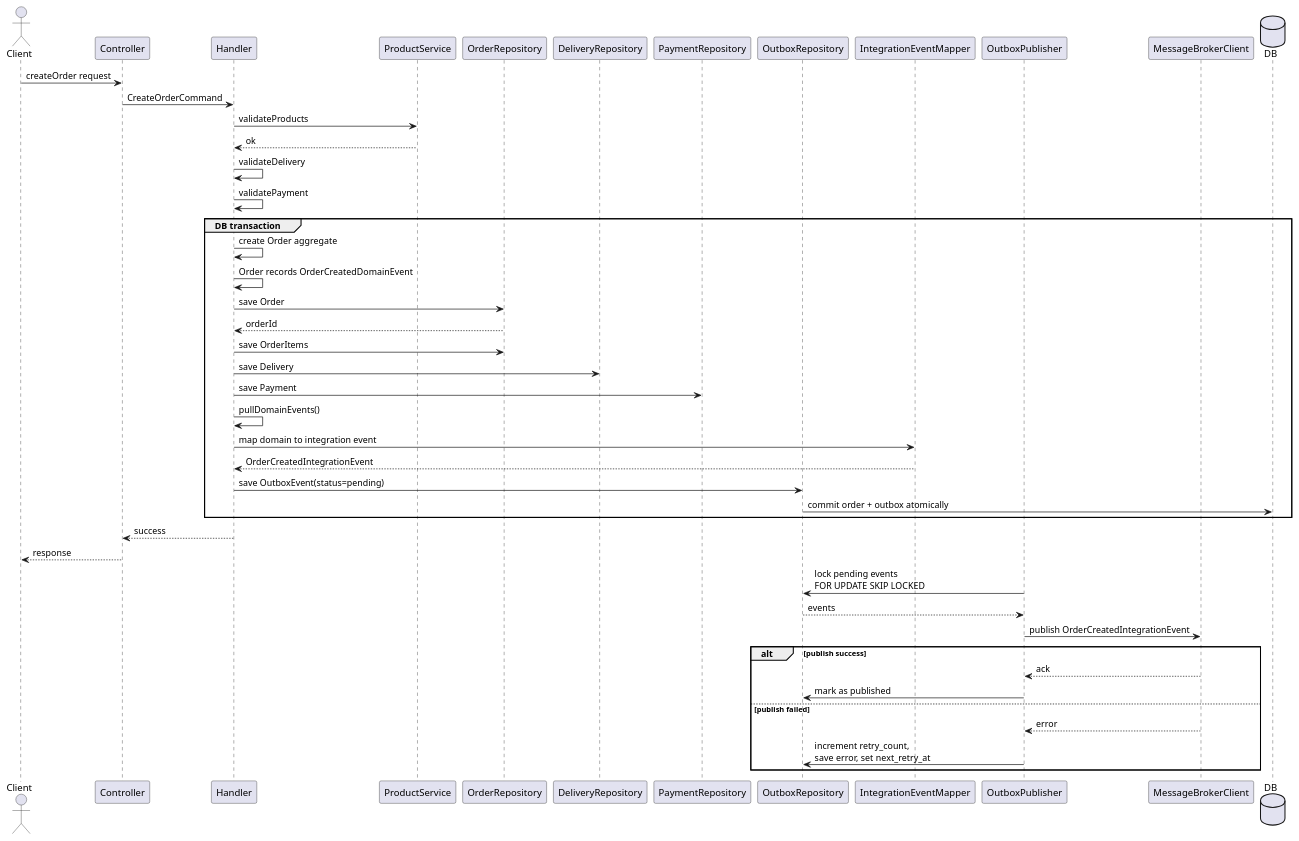
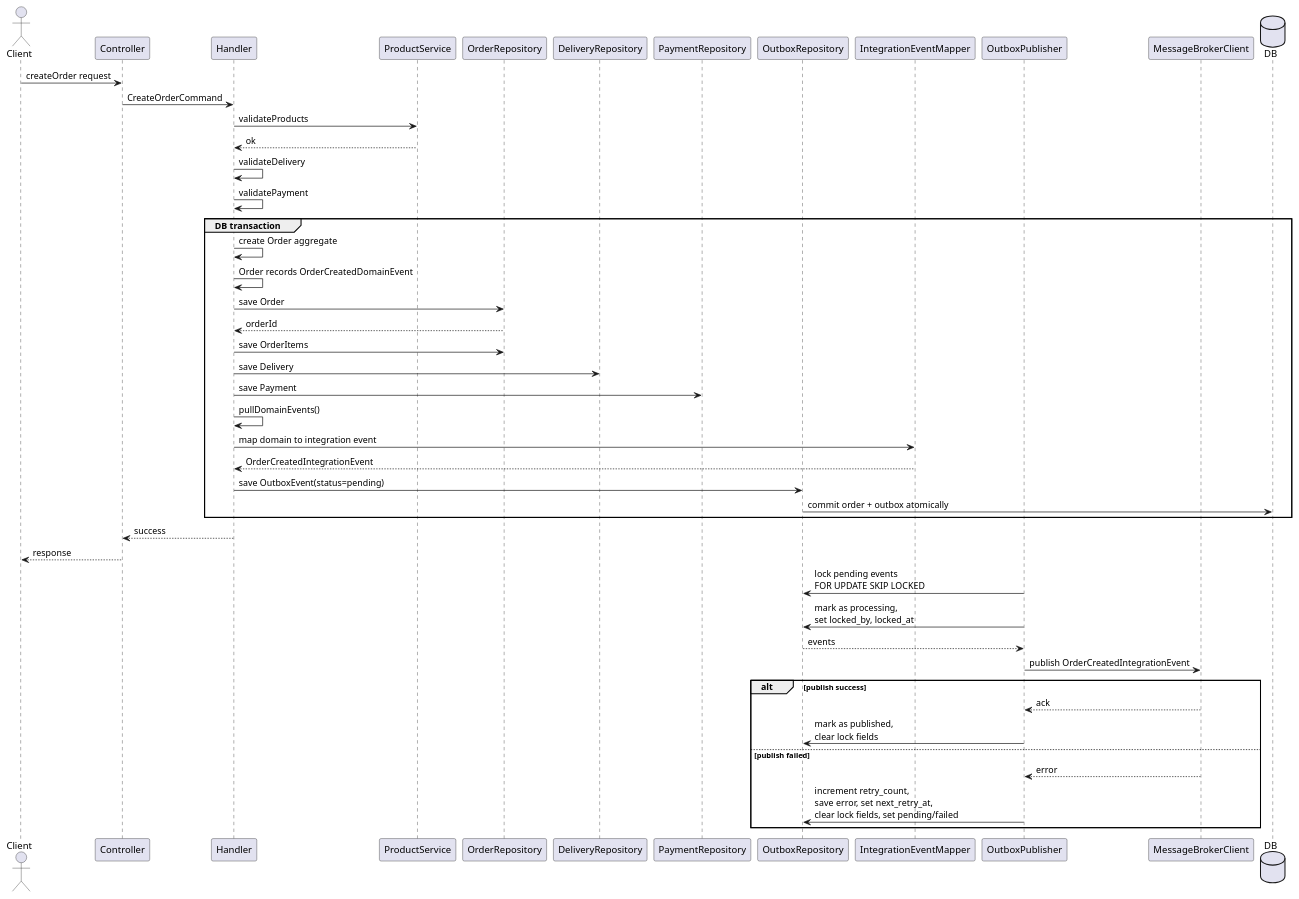
Before and after one commit to robotateme/order-service-design: the diagram in sequence.puml, drawn with PlantUML. The commit also changed 3 other files, not shown here.

```diff
--- a/sequence.puml
+++ b/sequence.puml
@@ -1,58 +1,59 @@
 @startuml
 
 actor Client
 participant Controller
 participant Handler
 participant ProductService
 participant OrderRepository
 participant DeliveryRepository
 participant PaymentRepository
 participant OutboxRepository
 participant IntegrationEventMapper
 participant OutboxPublisher
 participant MessageBrokerClient
 database DB
 
 Client -> Controller : createOrder request
 Controller -> Handler : CreateOrderCommand
 
 Handler -> ProductService : validateProducts
 ProductService --> Handler : ok
 
 Handler -> Handler : validateDelivery
 Handler -> Handler : validatePayment
 
 group DB transaction
 Handler -> Handler : create Order aggregate
 Handler -> Handler : Order records OrderCreatedDomainEvent
 Handler -> OrderRepository : save Order
 OrderRepository --> Handler : orderId
 
 Handler -> OrderRepository : save OrderItems
 
 Handler -> DeliveryRepository : save Delivery
 
 Handler -> PaymentRepository : save Payment
 
 Handler -> Handler : pullDomainEvents()
 Handler -> IntegrationEventMapper : map domain to integration event
 IntegrationEventMapper --> Handler : OrderCreatedIntegrationEvent
 Handler -> OutboxRepository : save OutboxEvent(status=pending)
 OutboxRepository -> DB : commit order + outbox atomically
 end
 
 Handler --> Controller : success
 Controller --> Client : response
 
 OutboxPublisher -> OutboxRepository : lock pending events\nFOR UPDATE SKIP LOCKED
+OutboxPublisher -> OutboxRepository : mark as processing,\nset locked_by, locked_at
 OutboxRepository --> OutboxPublisher : events
 OutboxPublisher -> MessageBrokerClient : publish OrderCreatedIntegrationEvent
 alt publish success
 MessageBrokerClient --> OutboxPublisher : ack
-OutboxPublisher -> OutboxRepository : mark as published
+OutboxPublisher -> OutboxRepository : mark as published,\nclear lock fields
 else publish failed
 MessageBrokerClient --> OutboxPublisher : error
-OutboxPublisher -> OutboxRepository : increment retry_count,\nsave error, set next_retry_at
+OutboxPublisher -> OutboxRepository : increment retry_count,\nsave error, set next_retry_at,\nclear lock fields, set pending/failed
 end
 
 @enduml
```
